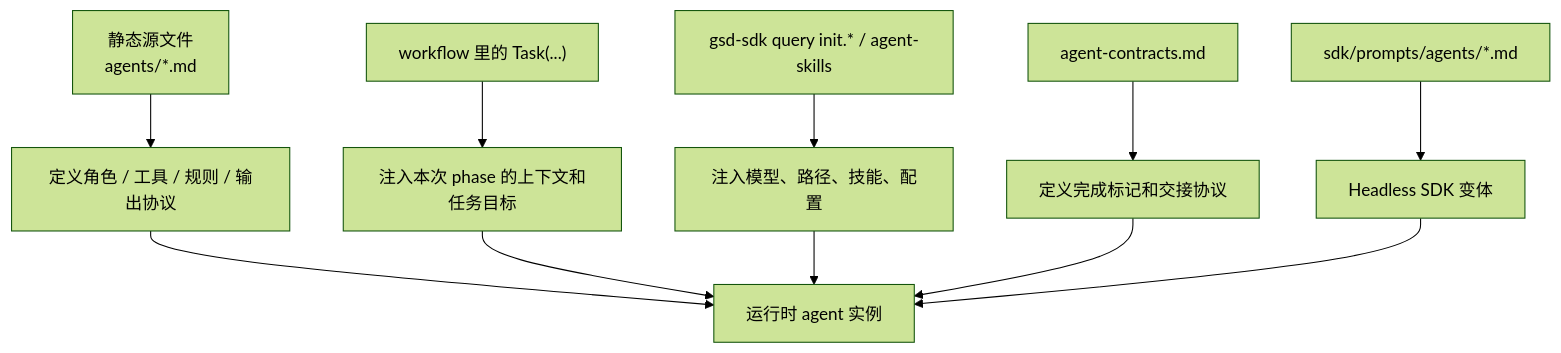
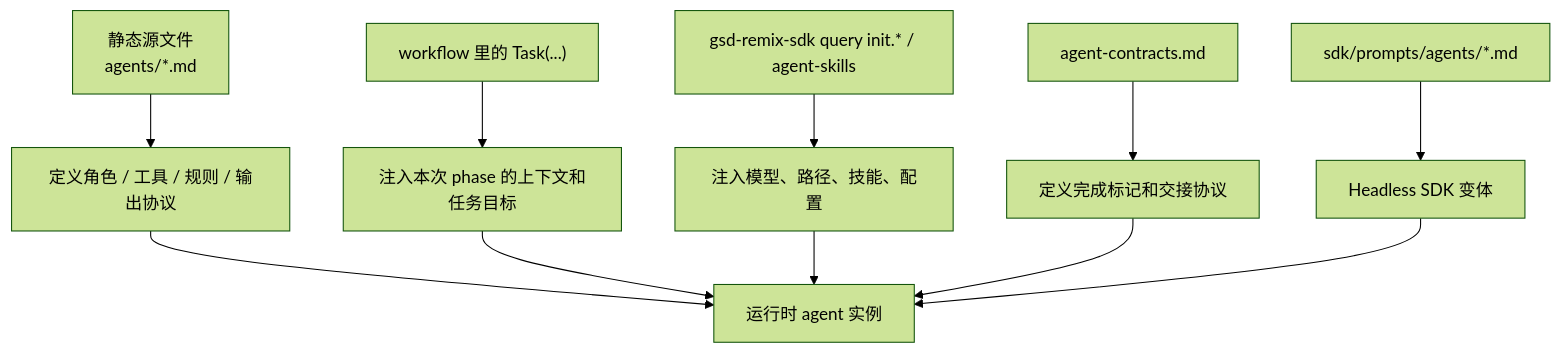
One commit to Wynne-cwb/gsd-remix changed the first of 6 diagrams in guide/05-agents-how-they-are-built.md. Above: the diagram before and after it, drawn with Mermaid (forest theme). The commit also changed 177 other files, not shown here.

Commit message:
feat: isolate remix sdk namespace

````diff
--- a/guide/05-agents-how-they-are-built.md
+++ b/guide/05-agents-how-they-are-built.md
@@ -37,14 +37,14 @@
 ```mermaid
 flowchart TD
     A["静态源文件<br/>agents/*.md"] --> B["定义角色 / 工具 / 规则 / 输出协议"]
     C["workflow 里的 Task(...)"] --> D["注入本次 phase 的上下文和任务目标"]
-    E["gsd-sdk query init.* / agent-skills"] --> F["注入模型、路径、技能、配置"]
+    E["gsd-remix-sdk query init.* / agent-skills"] --> F["注入模型、路径、技能、配置"]
     G["agent-contracts.md"] --> H["定义完成标记和交接协议"]
     I["sdk/prompts/agents/*.md"] --> J["Headless SDK 变体"]
 
     B --> K["运行时 agent 实例"]
     D --> K
     F --> K
     H --> K
     J --> K
 ```
````
